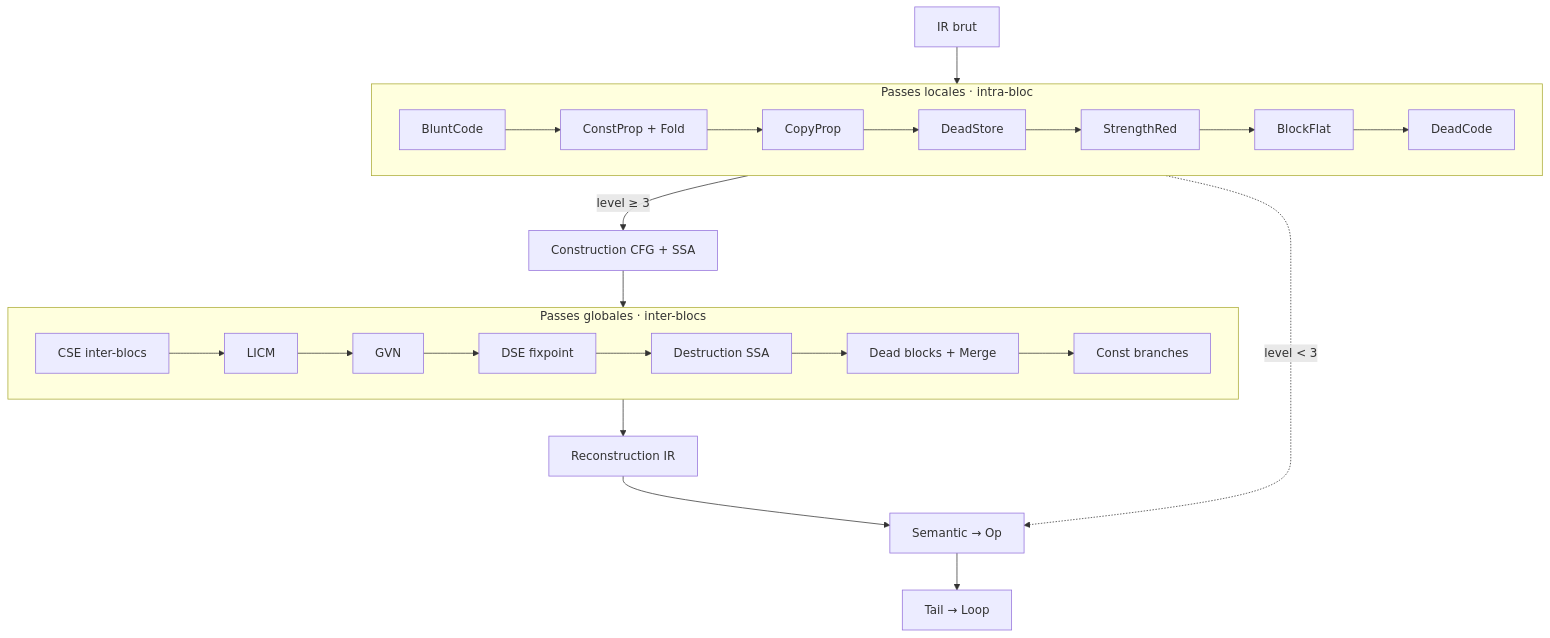
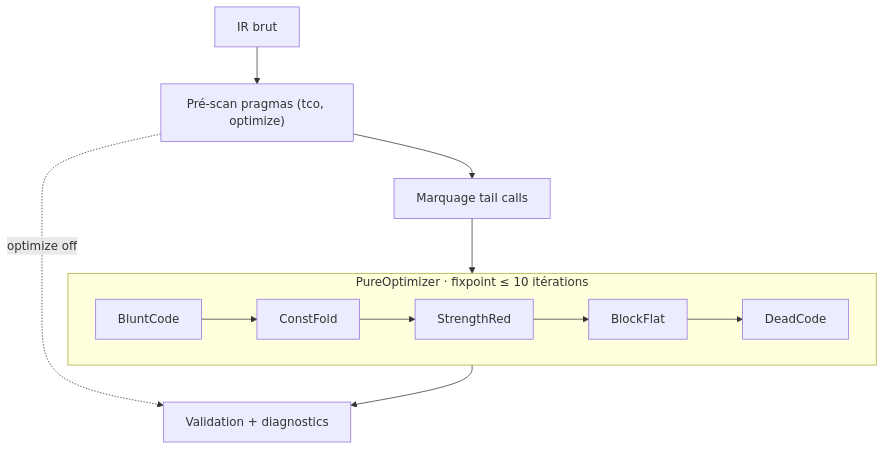
The diagram in docs/dev/OPTIMIZATIONS.md (aristofor/catnip), drawn with Mermaid before and after one commit. The commit also changed other lines of this file and 186 other files, not shown here.

````diff
--- a/docs/dev/OPTIMIZATIONS.md
+++ b/docs/dev/OPTIMIZATIONS.md
@@ -156,34 +140,18 @@
 ```mermaid
 flowchart TD
-    IR["IR brut"]
+    IR["IR brut"] --> SCAN["Pré-scan pragmas (tco, optimize)"]
+    SCAN --> TAIL["Marquage tail calls"]
 
-    subgraph LOCAL["Passes locales · intra-bloc"]
+    subgraph LOCAL["PureOptimizer · fixpoint ≤ 10 itérations"]
         B1["BluntCode"]
-        B2["ConstProp + Fold"]
-        B3["CopyProp"]
-        B4["DeadStore"]
-        B5["StrengthRed"]
-        B6["BlockFlat"]
-        B7["DeadCode"]
-        B1 --> B2 --> B3 --> B4 --> B5 --> B6 --> B7
+        B2["ConstFold"]
+        B3["StrengthRed"]
+        B4["BlockFlat"]
+        B5["DeadCode"]
+        B1 --> B2 --> B3 --> B4 --> B5
     end
 
-    subgraph GLOBAL["Passes globales · inter-blocs"]
-        G1["CSE inter-blocs"]
-        G2["LICM"]
-        G3["GVN"]
-        G4["DSE fixpoint"]
-        G5["Destruction SSA"]
-        G6["Dead blocks + Merge"]
-        G7["Const branches"]
-        G1 --> G2 --> G3 --> G4 --> G5 --> G6 --> G7
-    end
-
-    IR --> LOCAL
-    LOCAL -->|"level ≥ 3"| BUILD["Construction CFG + SSA"]
-    BUILD --> GLOBAL
-    GLOBAL --> RECON["Reconstruction IR"]
-    LOCAL -.->|"level < 3"| SEM
-    RECON --> SEM["Semantic → Op"]
-    SEM --> TAIL["Tail → Loop"]
+    TAIL --> LOCAL
+    SCAN -.->|"optimize off"| VALID
+    LOCAL --> VALID["Validation + diagnostics"]
 ```
````
